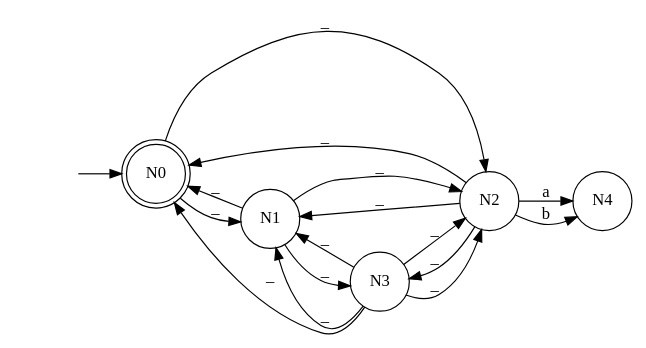
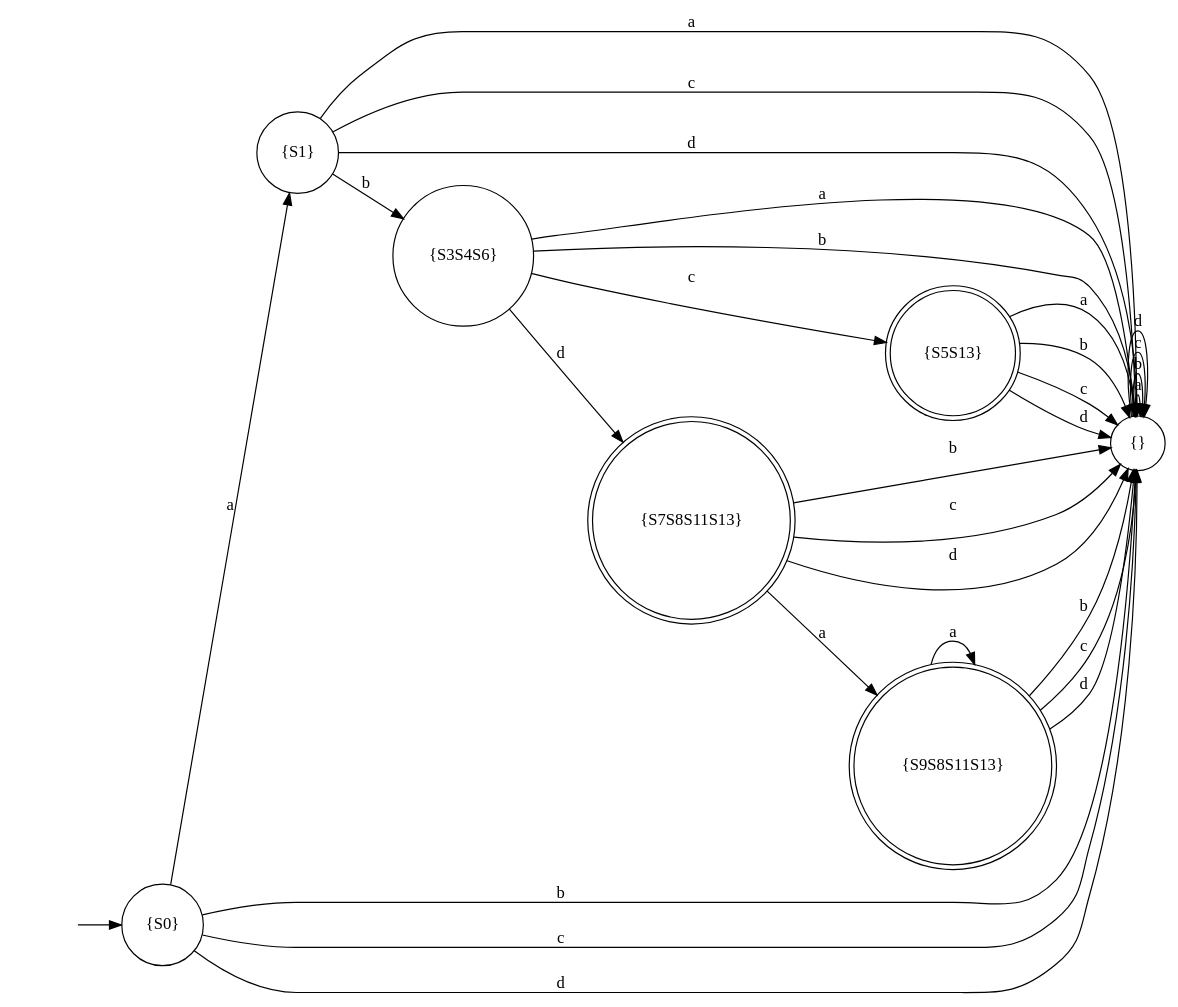
Before and after one commit to bobirok/Automata-ALE2: the diagram in ALE2/ALE2/bin/Debug/abc.dot, drawn with Graphviz. The commit also changed 68 other files, not shown here.

```diff
--- a/ALE2/ALE2/bin/Debug/abc.dot
+++ b/ALE2/ALE2/bin/Debug/abc.dot
@@ -1,25 +1,40 @@
 digraph myAutomaton {
 rankdir=LR;
 " " [shape=none]
-"N0" [shape=doublecircle]
-"N1" [shape=circle]
-"N2" [shape=circle]
-"N3" [shape=circle]
-"N4" [shape=circle]
+"{S0}" [shape=circle]
+"{S1}" [shape=circle]
+"{}" [shape=circle]
+"{S3S4S6}" [shape=circle]
+"{S5S13}" [shape=doublecircle]
+"{S7S8S11S13}" [shape=doublecircle]
+"{S9S8S11S13}" [shape=doublecircle]
 
-" " -> "N0""N0" -> "N2"[label="_"]
-"N0" -> "N1"[label="_"]
-"N3" -> "N1"[label="_"]
-"N3" -> "N2"[label="_"]
-"N1" -> "N0"[label="_"]
-"N1" -> "N2"[label="_"]
-"N1" -> "N3"[label="_"]
-"N2" -> "N3"[label="_"]
-"N2" -> "N0"[label="_"]
-"N2" -> "N1"[label="_"]
-"N3" -> "N2"[label="_"]
-"N3" -> "N0"[label="_"]
-"N3" -> "N1"[label="_"]
-"N2" -> "N4"[label="a"]
-"N2" -> "N4"[label="b"]
+" " -> "{S0}""{S0}" -> "{S1}"[label="a"]
+"{S0}" -> "{}"[label="b"]
+"{S0}" -> "{}"[label="c"]
+"{S0}" -> "{}"[label="d"]
+"{S1}" -> "{}"[label="a"]
+"{S1}" -> "{S3S4S6}"[label="b"]
+"{S1}" -> "{}"[label="c"]
+"{S1}" -> "{}"[label="d"]
+"{}" -> "{}"[label="a"]
+"{}" -> "{}"[label="b"]
+"{}" -> "{}"[label="c"]
+"{}" -> "{}"[label="d"]
+"{S3S4S6}" -> "{}"[label="a"]
+"{S3S4S6}" -> "{}"[label="b"]
+"{S3S4S6}" -> "{S5S13}"[label="c"]
+"{S3S4S6}" -> "{S7S8S11S13}"[label="d"]
+"{S5S13}" -> "{}"[label="a"]
+"{S5S13}" -> "{}"[label="b"]
+"{S5S13}" -> "{}"[label="c"]
+"{S5S13}" -> "{}"[label="d"]
+"{S7S8S11S13}" -> "{S9S8S11S13}"[label="a"]
+"{S7S8S11S13}" -> "{}"[label="b"]
+"{S7S8S11S13}" -> "{}"[label="c"]
+"{S7S8S11S13}" -> "{}"[label="d"]
+"{S9S8S11S13}" -> "{S9S8S11S13}"[label="a"]
+"{S9S8S11S13}" -> "{}"[label="b"]
+"{S9S8S11S13}" -> "{}"[label="c"]
+"{S9S8S11S13}" -> "{}"[label="d"]
 }
```
